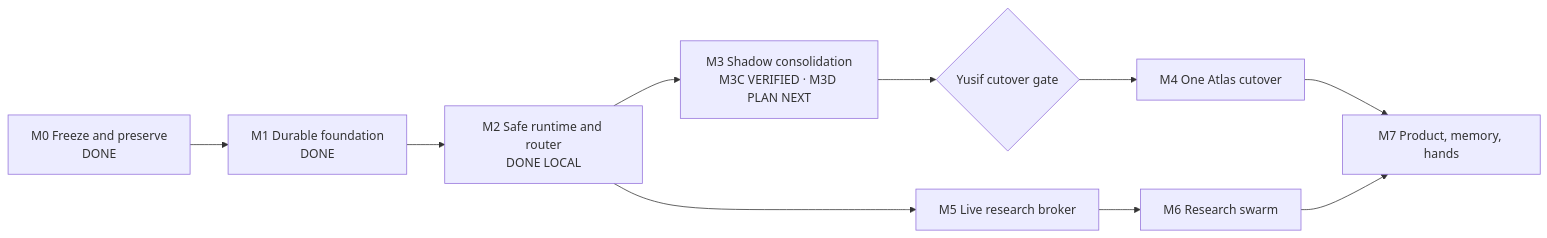
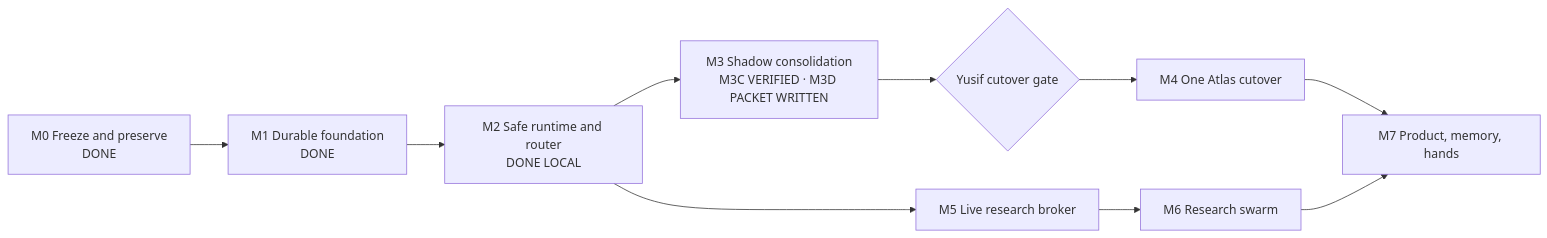
One commit to ganbaroff/atlas-cli changed the diagram in docs/atlas-cto/ATLAS-MASTER-PLAN.md. Above: the diagram before and after it, drawn with Mermaid. The commit also changed other lines of this file and 3 other files, not shown here.

````diff
--- a/docs/atlas-cto/ATLAS-MASTER-PLAN.md
+++ b/docs/atlas-cto/ATLAS-MASTER-PLAN.md
@@ -29,17 +30,17 @@
 ```mermaid
 flowchart LR
     M0["M0 Freeze and preserve<br/>DONE"]
     M1["M1 Durable foundation<br/>DONE"]
     M2["M2 Safe runtime and router<br/>DONE LOCAL"]
-    M3["M3 Shadow consolidation<br/>M3C VERIFIED · M3D PLAN NEXT"]
+    M3["M3 Shadow consolidation<br/>M3C VERIFIED · M3D PACKET WRITTEN"]
     G{"Yusif cutover gate"}
     M4["M4 One Atlas cutover"]
     M5["M5 Live research broker"]
     M6["M6 Research swarm"]
     M7["M7 Product, memory, hands"]
 
     M0 --> M1 --> M2 --> M3 --> G --> M4
     M2 --> M5 --> M6
     M4 --> M7
     M6 --> M7
 ```
````
